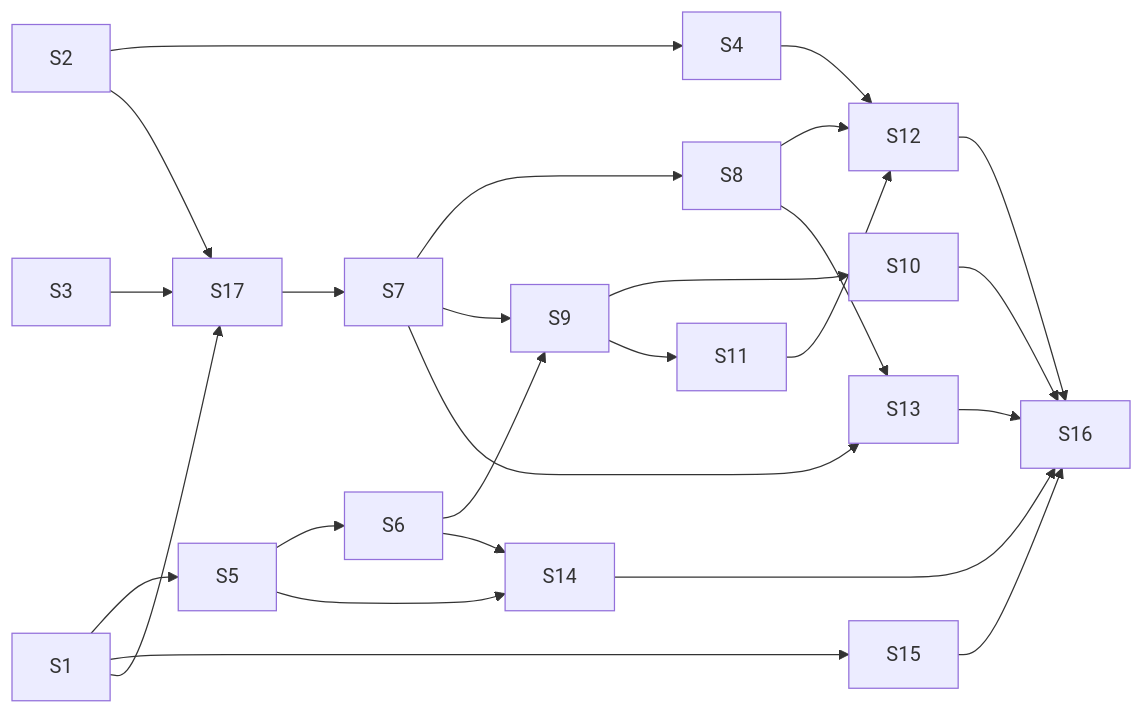
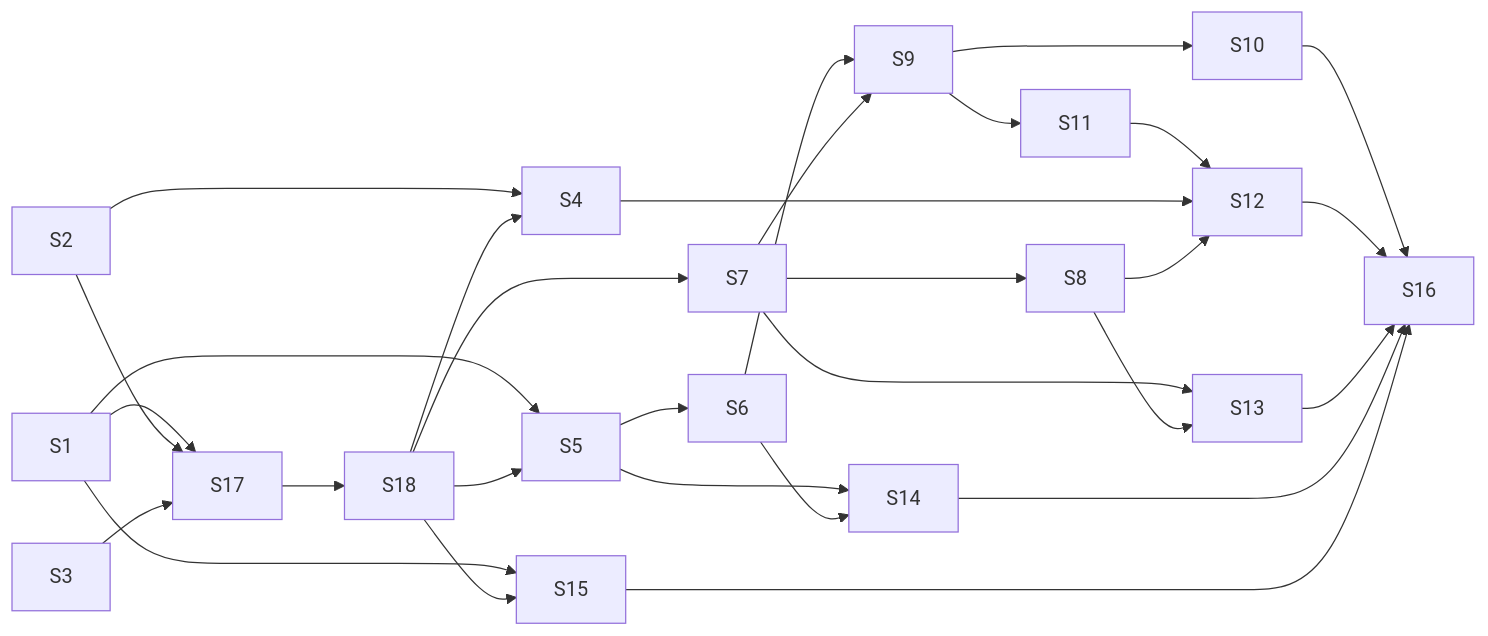
One commit to thiscantbeserious/agent-session-recorder changed the diagram in .state/feature-gzip-storage/PLAN.md. Above: the diagram before and after it, drawn with Mermaid. The commit also changed other lines of this file and 2 other files, not shown here.

````diff
--- a/.state/feature-gzip-storage/PLAN.md
+++ b/.state/feature-gzip-storage/PLAN.md
@@ -436,14 +464,15 @@
 ```mermaid
 flowchart LR
   S1 --> S5 --> S6
   S1 --> S15
   S2 --> S4
-  S1 & S2 & S3 --> S17 --> S7 --> S8
+  S1 & S2 & S3 --> S17 --> S18 --> S7 --> S8
+  S18 --> S5 & S15 & S4
   S6 & S7 --> S9
   S9 --> S10
   S9 --> S11 --> S12
   S4 & S8 --> S12
   S7 & S8 --> S13
   S5 & S6 --> S14
   S10 & S12 & S13 & S14 & S15 --> S16
 ```
````
